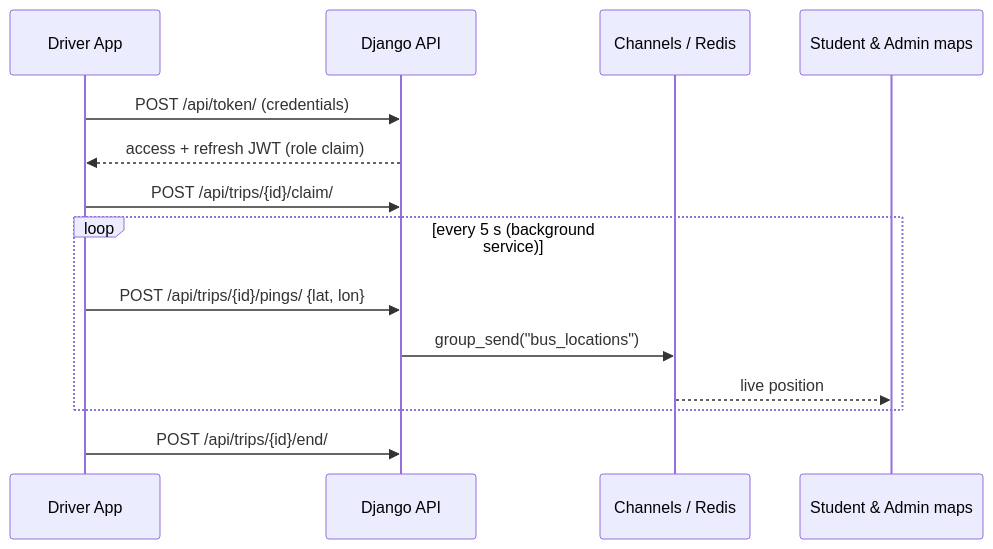
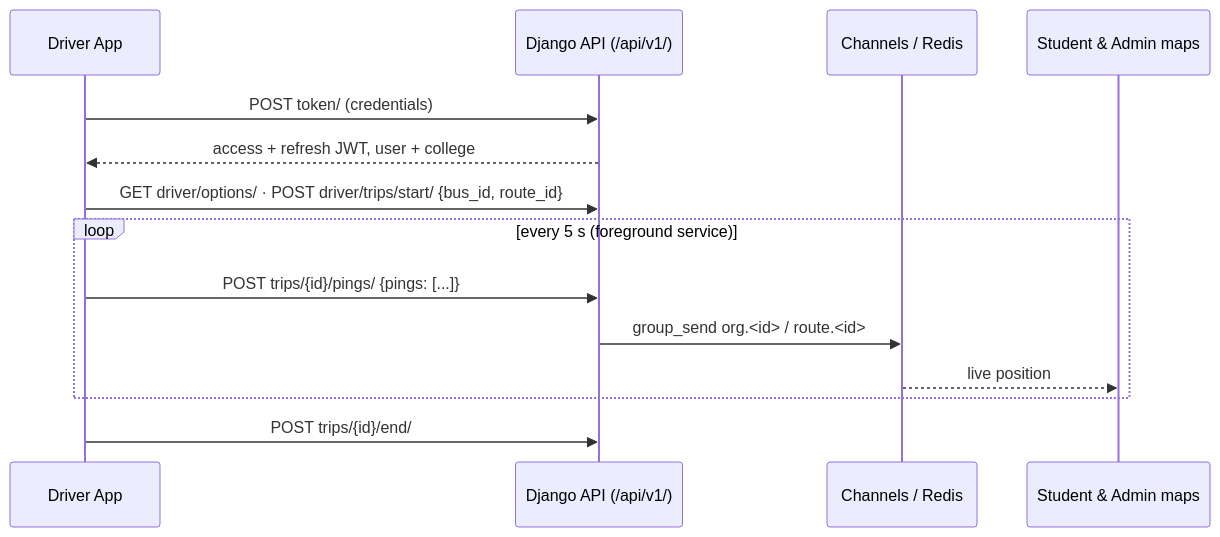
The diagram in README.md (karrisubhash/Bus-Driver-Application), drawn with Mermaid before and after one commit. The commit also changed other lines of this file and 20 other files, not shown here.

First line of the commit message:
Driver app v2: persistent session, trip picker, offline-safe background tracking

````diff
--- a/README.md
+++ b/README.md
@@ -21,16 +34,16 @@
 ```mermaid
 sequenceDiagram
     participant D as Driver App
-    participant API as Django API
+    participant API as Django API (/api/v1/)
     participant WS as Channels / Redis
     participant S as Student & Admin maps
-    D->>API: POST /api/token/ (credentials)
-    API-->>D: access + refresh JWT (role claim)
-    D->>API: POST /api/trips/{id}/claim/
-    loop every 5 s (background service)
-        D->>API: POST /api/trips/{id}/pings/ {lat, lon}
-        API->>WS: group_send("bus_locations")
+    D->>API: POST token/ (credentials)
+    API-->>D: access + refresh JWT, user + college
+    D->>API: GET driver/options/ · POST driver/trips/start/ {bus_id, route_id}
+    loop every 5 s (foreground service)
+        D->>API: POST trips/{id}/pings/ {pings: [...]}
+        API->>WS: group_send org.<id> / route.<id>
         WS-->>S: live position
     end
-    D->>API: POST /api/trips/{id}/end/
+    D->>API: POST trips/{id}/end/
 ```
````
